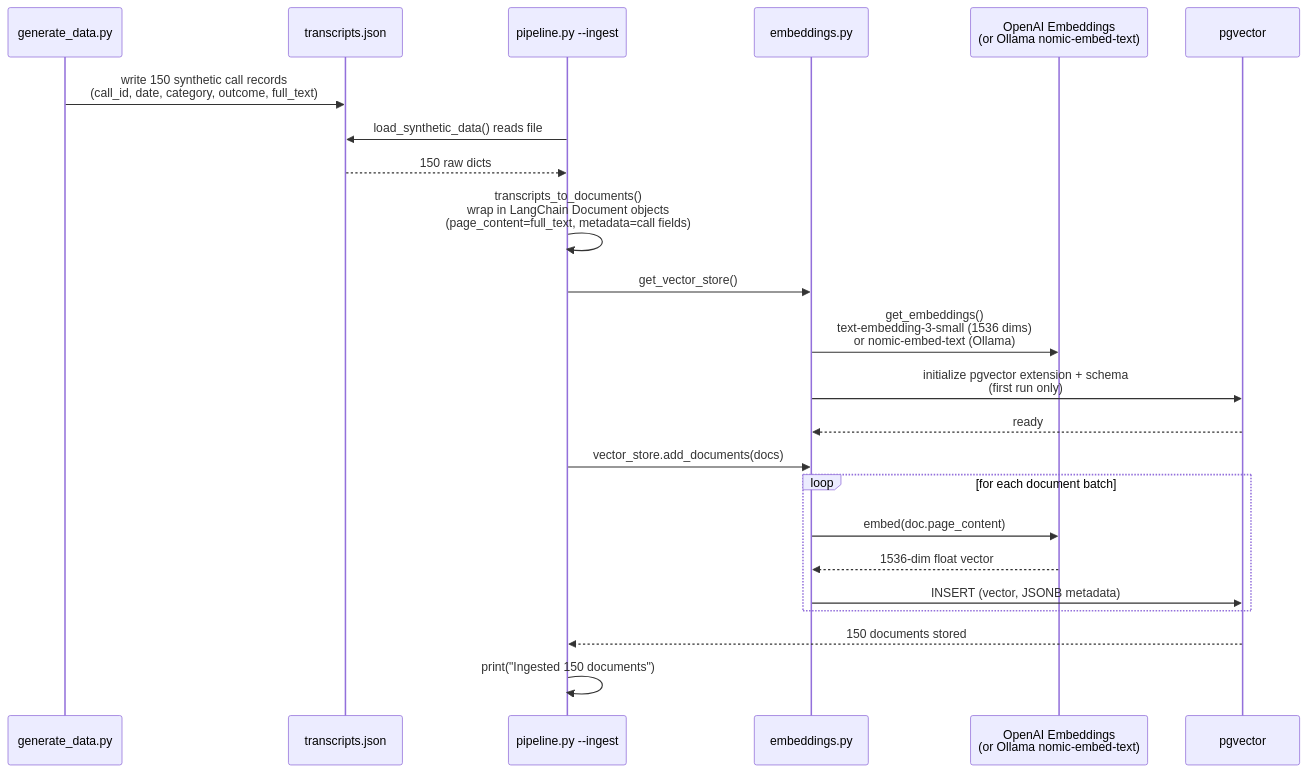
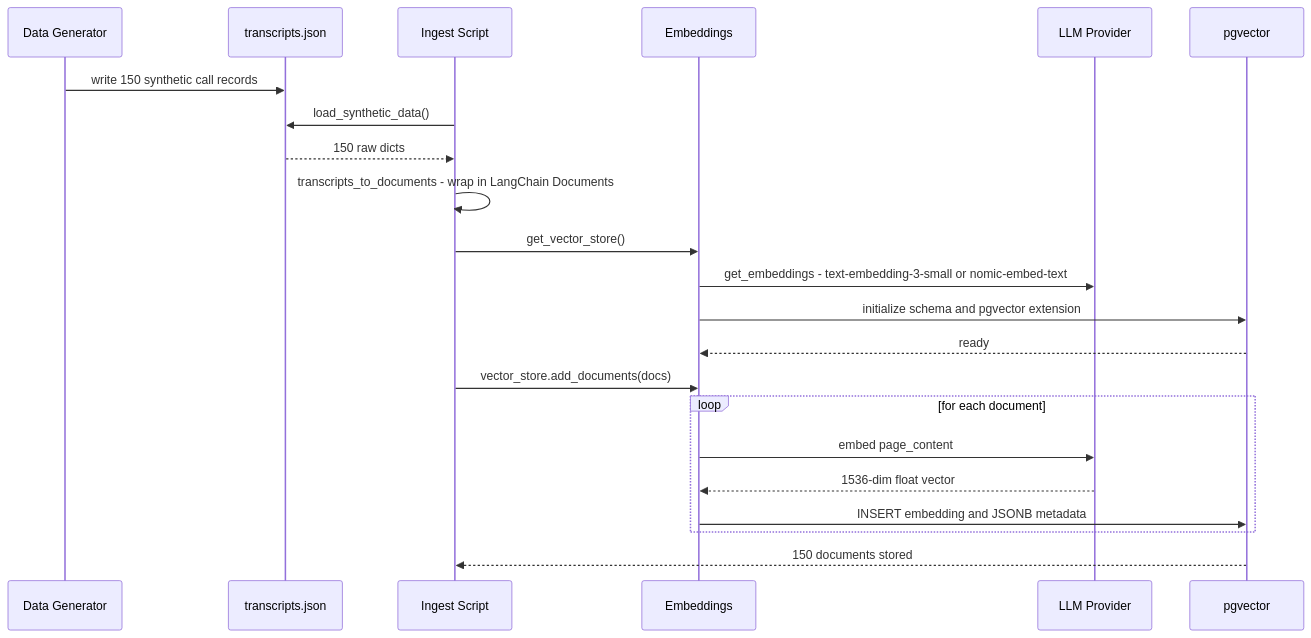
One commit to HendoCode/contact-center-ai changed the fifth of 5 diagrams in blogs/01-the-blueprint/index.md. Above: the diagram before and after it, drawn with Mermaid. The commit also changed other lines of this file and 2 other files, not shown here.

First line of the commit message:
Fix Mermaid diagram syntax for reliable rendering

````diff
--- a/blogs/01-the-blueprint/index.md
+++ b/blogs/01-the-blueprint/index.md
@@ -195,26 +196,25 @@
 ```mermaid
 sequenceDiagram
-    participant Gen as generate_data.py
+    participant Gen as Data Generator
     participant JSON as transcripts.json
-    participant CLI as pipeline.py --ingest
-    participant Embed as embeddings.py
-    participant LLM as OpenAI Embeddings<br/>(or Ollama nomic-embed-text)
+    participant CLI as Ingest Script
+    participant Embed as Embeddings
+    participant LLM as LLM Provider
     participant PG as pgvector
 
-    Gen->>JSON: write 150 synthetic call records<br/>(call_id, date, category, outcome, full_text)
-    CLI->>JSON: load_synthetic_data() reads file
+    Gen->>JSON: write 150 synthetic call records
+    CLI->>JSON: load_synthetic_data()
     JSON-->>CLI: 150 raw dicts
-    CLI->>CLI: transcripts_to_documents()<br/>wrap in LangChain Document objects<br/>(page_content=full_text, metadata=call fields)
+    CLI->>CLI: transcripts_to_documents - wrap in LangChain Documents
     CLI->>Embed: get_vector_store()
-    Embed->>LLM: get_embeddings()<br/>text-embedding-3-small (1536 dims)<br/>or nomic-embed-text (Ollama)
-    Embed->>PG: initialize pgvector extension + schema<br/>(first run only)
+    Embed->>LLM: get_embeddings - text-embedding-3-small or nomic-embed-text
+    Embed->>PG: initialize schema and pgvector extension
     PG-->>Embed: ready
     CLI->>Embed: vector_store.add_documents(docs)
-    loop for each document batch
-        Embed->>LLM: embed(doc.page_content)
+    loop for each document
+        Embed->>LLM: embed page_content
         LLM-->>Embed: 1536-dim float vector
-        Embed->>PG: INSERT (vector, JSONB metadata)
+        Embed->>PG: INSERT embedding and JSONB metadata
     end
     PG-->>CLI: 150 documents stored
-    CLI->>CLI: print("Ingested 150 documents")
 ```
````
